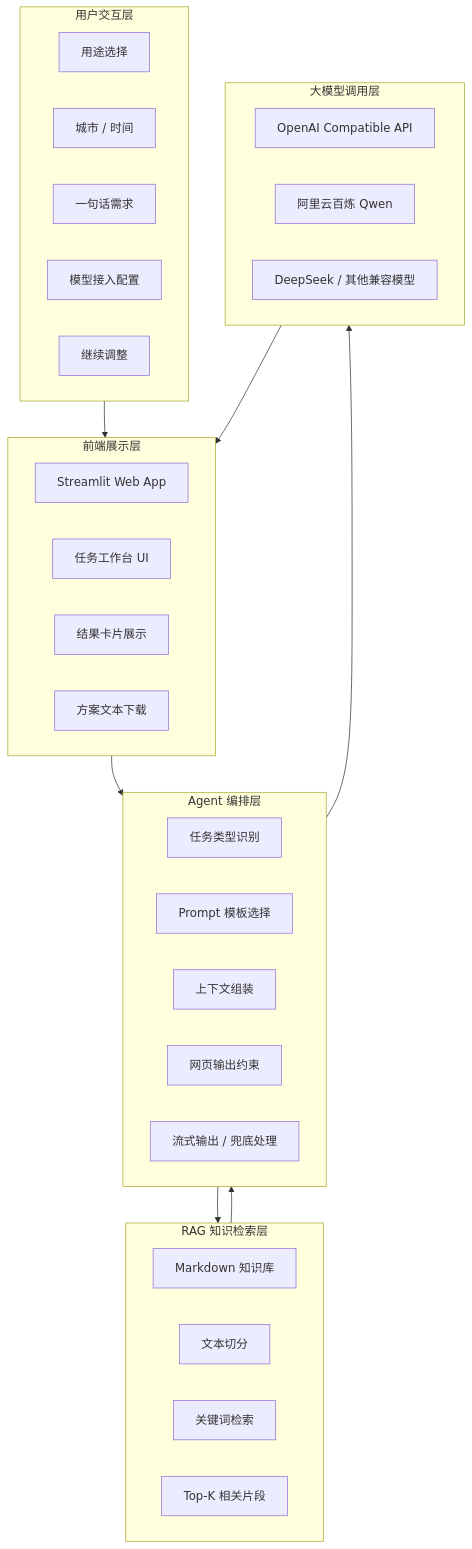
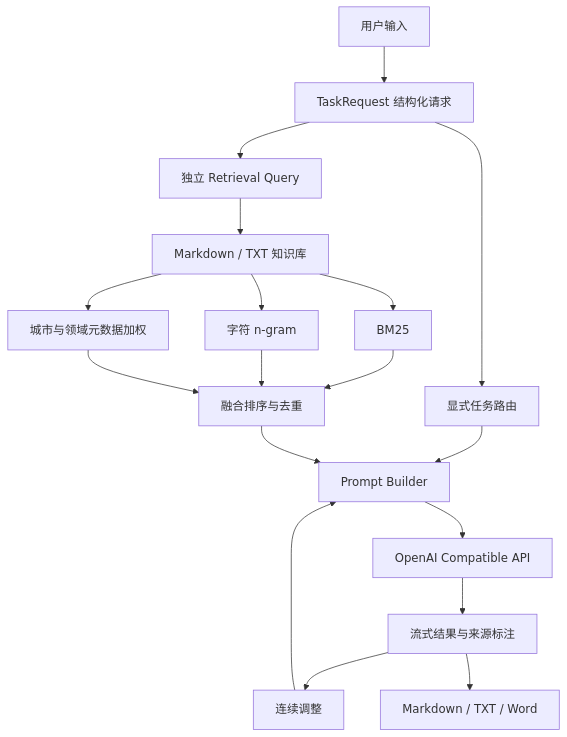
The diagram in README.md (liqinglq666/Yuejian-Feiyi-Agent), drawn with Mermaid before and after one commit. The commit also changed other lines of this file and 40 other files, not shown here.

First line of the commit message:
refactor: 重建粤见非遗 Agent 架构与 RAG 流程

````diff
--- a/README.md
+++ b/README.md
@@ -205,45 +112,20 @@
 ```mermaid
 flowchart TB
-    subgraph UserLayer[用户交互层]
-        U1[用途选择]
-        U2[城市 / 时间]
-        U3[一句话需求]
-        U4[模型接入配置]
-        U5[继续调整]
-    end
-
-    subgraph Frontend[前端展示层]
-        S1[Streamlit Web App]
-        S2[任务工作台 UI]
-        S3[结果卡片展示]
-        S4[方案文本下载]
-    end
-
-    subgraph AgentLayer[Agent 编排层]
-        A1[任务类型识别]
-        A2[Prompt 模板选择]
-        A3[上下文组装]
-        A4[网页输出约束]
-        A5[流式输出 / 兜底处理]
-    end
-
-    subgraph RAGLayer[RAG 知识检索层]
-        R1[Markdown 知识库]
-        R2[文本切分]
-        R3[关键词检索]
-        R4[Top-K 相关片段]
-    end
-
-    subgraph ModelLayer[大模型调用层]
-        M1[OpenAI Compatible API]
-        M2[阿里云百炼 Qwen]
-        M3[DeepSeek / 其他兼容模型]
-    end
-
-    UserLayer --> Frontend
-    Frontend --> AgentLayer
-    AgentLayer --> RAGLayer
-    RAGLayer --> AgentLayer
-    AgentLayer --> ModelLayer
-    ModelLayer --> Frontend
+    U[用户输入] --> RQ[TaskRequest 结构化请求]
+    RQ --> RT[显式任务路由]
+    RQ --> Q[独立 Retrieval Query]
+    Q --> KB[Markdown / TXT 知识库]
+    KB --> BM[BM25]
+    KB --> NG[字符 n-gram]
+    KB --> MB[城市与领域元数据加权]
+    BM --> RR[融合排序与去重]
+    NG --> RR
+    MB --> RR
+    RT --> PB[Prompt Builder]
+    RR --> PB
+    PB --> LLM[OpenAI Compatible API]
+    LLM --> OUT[流式结果与来源标注]
+    OUT --> REV[连续调整]
+    OUT --> EXP[Markdown / TXT / Word]
+    REV --> PB
 ```
````
